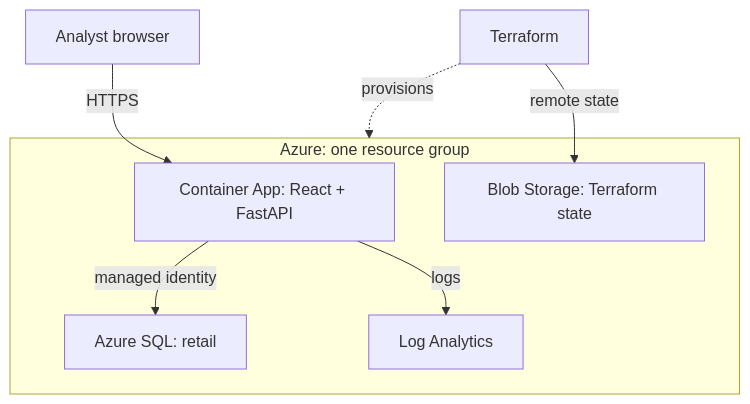
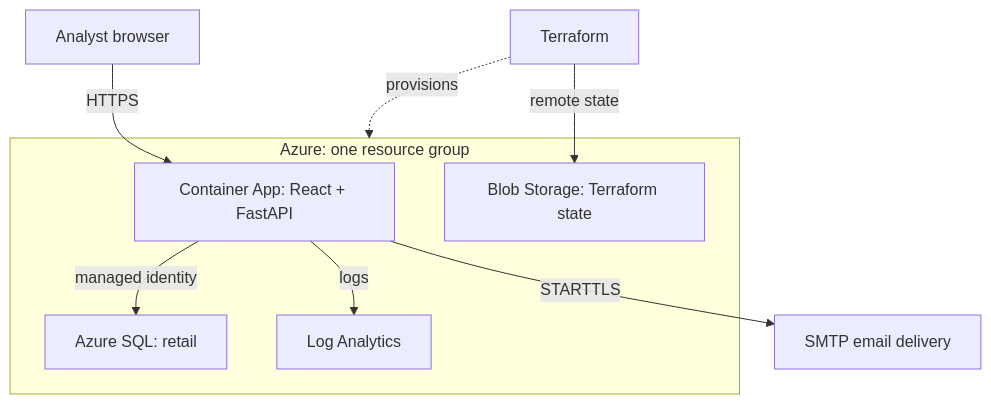
The diagram in README.md (krispykrits/retail-decision-intelligence), drawn with Mermaid before and after one commit. The commit also changed other lines of this file and 39 other files, not shown here.

````diff
--- a/README.md
+++ b/README.md
@@ -45,11 +50,12 @@
 ```mermaid
 flowchart TD
     Browser["Analyst browser"] -->|HTTPS| App
     Terraform["Terraform"] -.->|provisions| Azure
     Terraform -->|remote state| State
     subgraph Azure["Azure: one resource group"]
         App["Container App: React + FastAPI"] -->|managed identity| SQL["Azure SQL: retail"]
         App -->|logs| Logs["Log Analytics"]
         State["Blob Storage: Terraform state"]
     end
+    App -->|STARTTLS| Mail["SMTP email delivery"]
 ```
````
